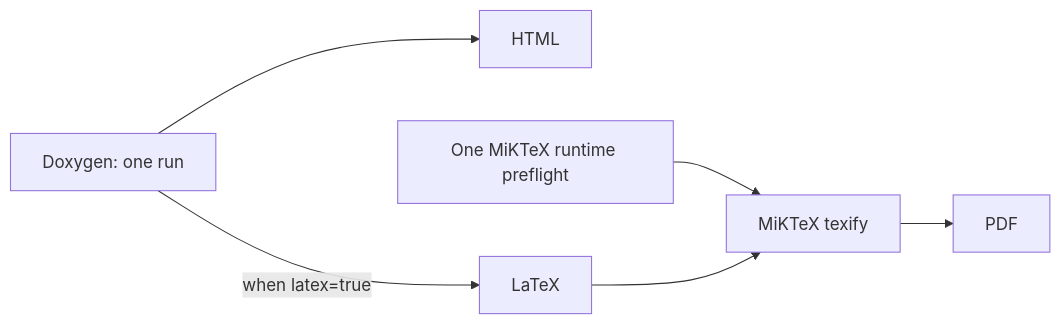
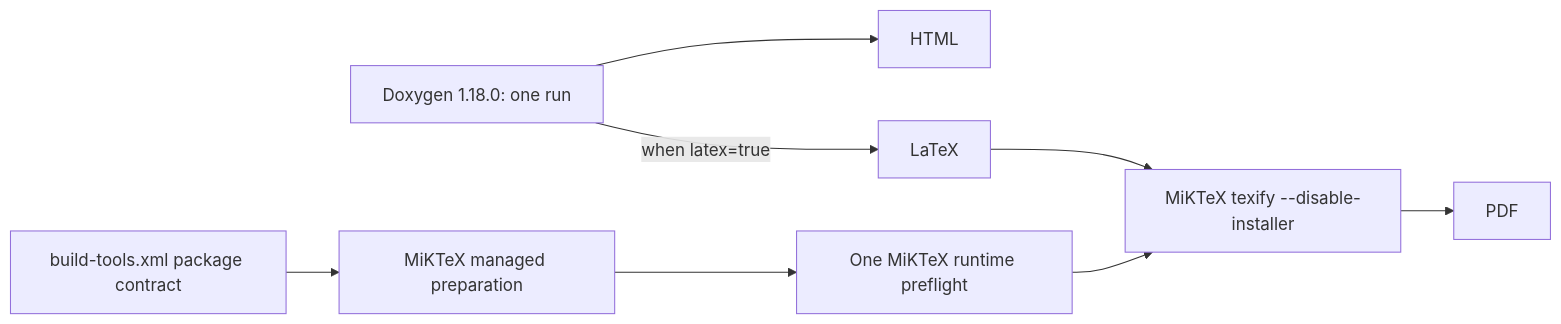
The diagram in admin/server-docs/tools.md (adeccscholar/BuildEngine-Admin), drawn with Mermaid before and after one commit. The commit also changed other lines of this file, not shown here.

Commit message:
Document explicit Doxygen LaTeX package provisioning

````diff
--- a/admin/server-docs/tools.md
+++ b/admin/server-docs/tools.md
@@ -50,8 +50,10 @@
 ```mermaid
 flowchart LR
-   D[Doxygen: one run] --> H[HTML]
+   D[Doxygen 1.18.0: one run] --> H[HTML]
    D -->|when latex=true| L[LaTeX]
-   R[One MiKTeX runtime preflight] --> M[MiKTeX texify]
+   C[build-tools.xml package contract] --> Q[MiKTeX managed preparation]
+   Q --> R[One MiKTeX runtime preflight]
+   R --> M[MiKTeX texify --disable-installer]
    L --> M
    M --> P[PDF]
 ```
````
